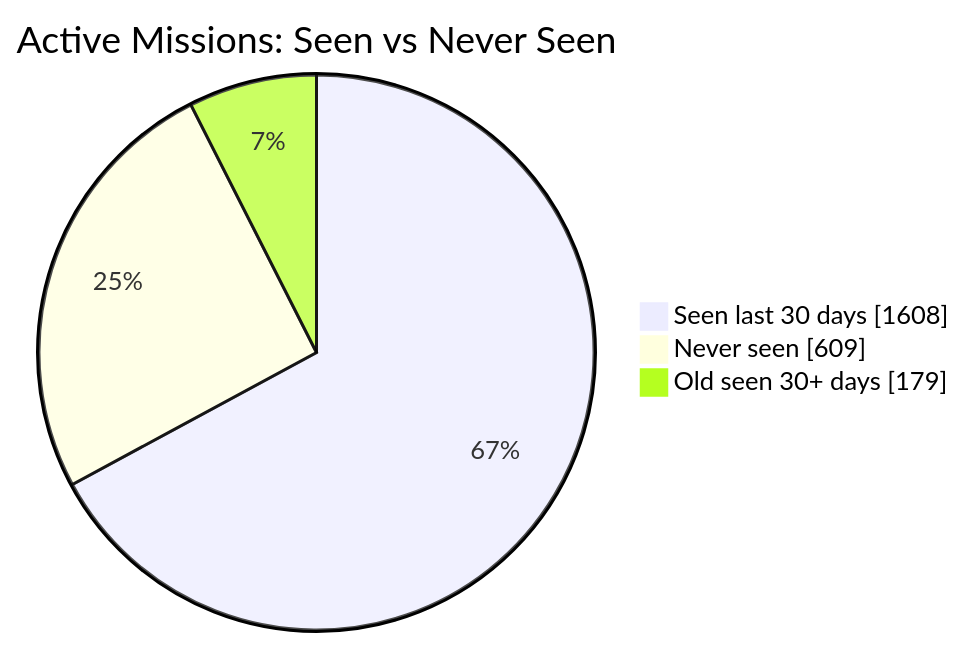
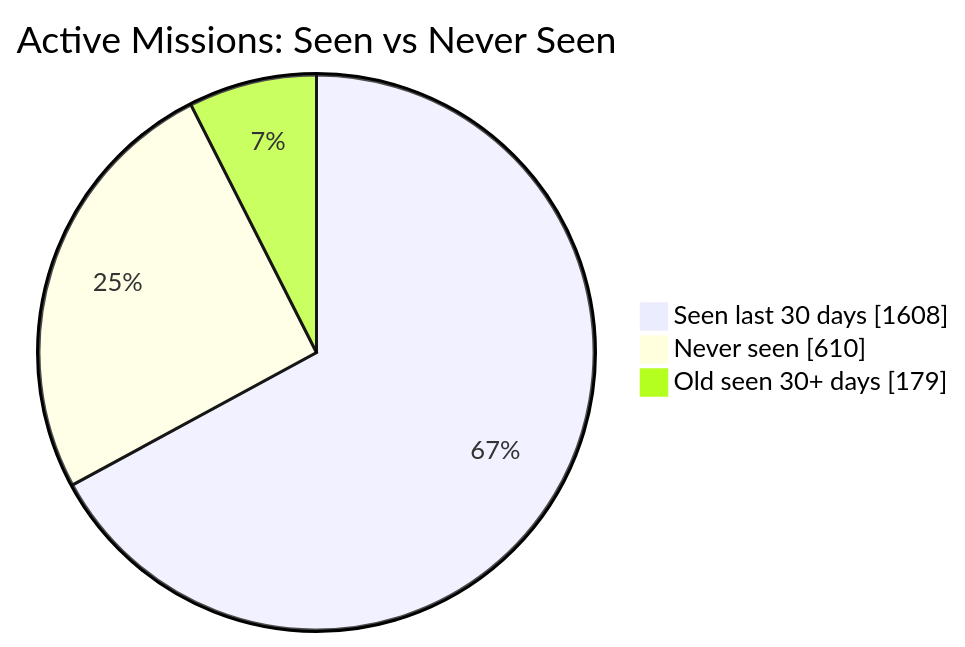
One commit to MeldkamerspelGameTeam/active-missions changed the first of 2 diagrams in README.md. Above: the diagram before and after it, drawn with Mermaid. The commit also changed other lines of this file and 4 other files, not shown here.

````diff
--- a/README.md
+++ b/README.md
@@ -34,7 +34,7 @@
 ```mermaid
 pie showData
     title Active Missions: Seen vs Never Seen
     "Seen last 30 days" : 1608
-    "Never seen" : 609
+    "Never seen" : 610
     "Old seen 30+ days" : 179
 ```
````
